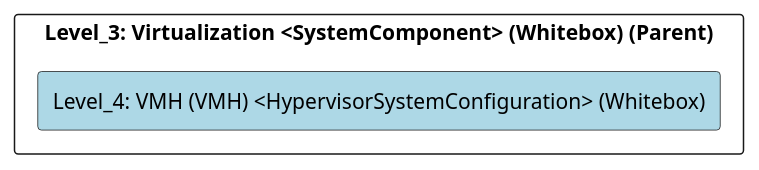
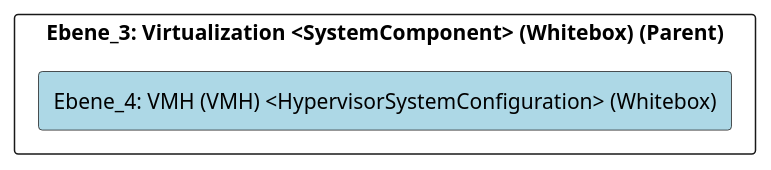
The diagram in src/cleon.architecturemethods.arc42.sample/doc/cleon_architecturemethods_arc42_sample_system/adoc/de/05_bausteinsicht/ikt/infrastruture/virtualization/vmh/ebene_4_vmh.adoc (marcozwyssig/cleon), drawn with PlantUML before and after one commit. The commit also changed other lines of this file and 214 other files, not shown here.

```diff
--- a/src/cleon.architecturemethods.arc42.sample/doc/cleon_architecturemethods_arc42_sample_system/adoc/de/05_bausteinsicht/ikt/infrastruture/virtualization/vmh/ebene_4_vmh.adoc
+++ b/src/cleon.architecturemethods.arc42.sample/doc/cleon_architecturemethods_arc42_sample_system/adoc/de/05_bausteinsicht/ikt/infrastruture/virtualization/vmh/ebene_4_vmh.adoc
@@ -20,24 +20,24 @@
-[plantuml, Level_4: VMH (VMH) <HypervisorSystemConfiguration> (Whitebox)BlockOverview, format="svg"]
+[plantuml, Ebene_4: VMH (VMH) <HypervisorSystemConfiguration> (Whitebox)BlockOverview, format="svg"]
 ----
-@startuml Level_4: VMH (VMH) <HypervisorSystemConfiguration> (Whitebox)BuildingBlockOverview
+@startuml Ebene_4: VMH (VMH) <HypervisorSystemConfiguration> (Whitebox)BuildingBlockOverview
 
 skinparam ranksep 10
 skinparam componentStyle rectangle
 skinparam shadowing false
 skinparam arrowColor lightblue
 skinparam arrowThickness 1.2
 skinparam rectangle {
   BackgroundColor White
   BorderColor #333
   RoundCorner 10
 }
 top to bottom direction
 
-component "Level_3: Virtualization <SystemComponent> (Whitebox) (Parent)" {
-    component "Level_4: VMH (VMH) <HypervisorSystemConfiguration> (Whitebox)" #lightblue {
+component "Ebene_3: Virtualization <SystemComponent> (Whitebox) (Parent)" {
+    component "Ebene_4: VMH (VMH) <HypervisorSystemConfiguration> (Whitebox)" #lightblue {
     }
 
 }
 
 @enduml
 ----
```
